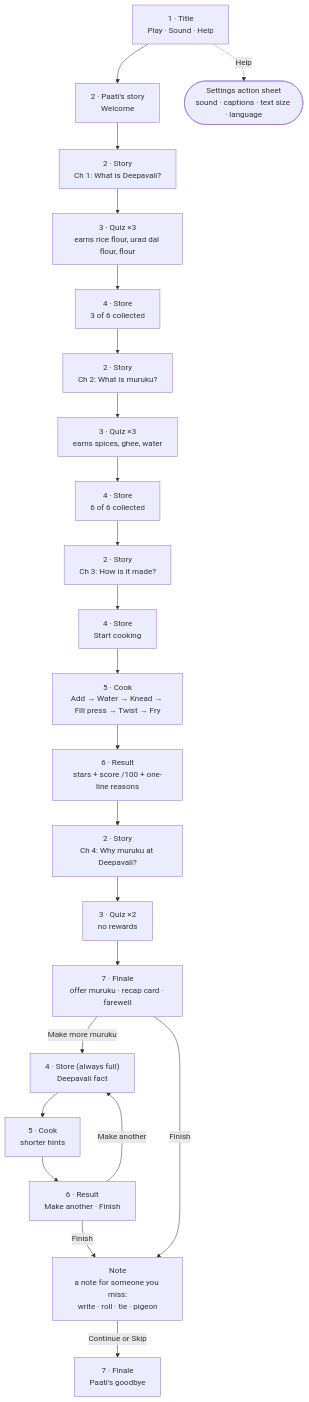
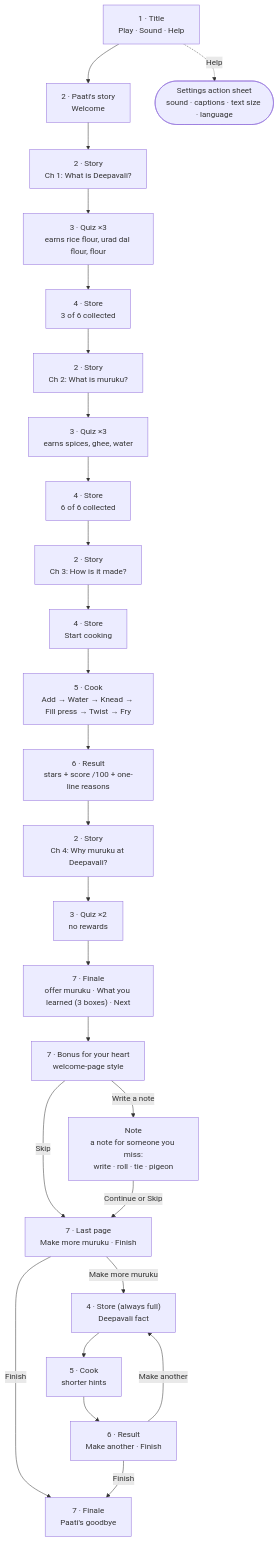
One commit to krishanala/paatis-recipe-kitchen changed the diagram in docs/user-flow.md. Above: the diagram before and after it, drawn with Mermaid. The commit also changed other lines of this file and 10 other files, not shown here.

First line of the commit message:
The end of the game: What you learned boxes, Bonus for your heart, a last page

````diff
--- a/docs/user-flow.md
+++ b/docs/user-flow.md
@@ -5,30 +5,33 @@
 ```mermaid
 flowchart TD
     T["1 · Title<br/>Play · Sound · Help"] --> W["2 · Paati's story<br/>Welcome"]
     T -. Help .-> S(["Settings action sheet<br/>sound · captions · text size · language"])
 
     W --> C1["2 · Story<br/>Ch 1: What is Deepavali?"]
     C1 --> Q1["3 · Quiz ×3<br/>earns rice flour, urad dal flour, flour"]
     Q1 --> ST1["4 · Store<br/>3 of 6 collected"]
 
     ST1 --> C2["2 · Story<br/>Ch 2: What is muruku?"]
     C2 --> Q2["3 · Quiz ×3<br/>earns spices, ghee, water"]
     Q2 --> ST2["4 · Store<br/>6 of 6 collected"]
 
     ST2 --> C3["2 · Story<br/>Ch 3: How is it made?"]
     C3 --> ST3["4 · Store<br/>Start cooking"]
     ST3 --> K["5 · Cook<br/>Add → Water → Knead → Fill press → Twist → Fry"]
     K --> R["6 · Result<br/>stars + score /100 + one-line reasons"]
 
     R --> C4["2 · Story<br/>Ch 4: Why muruku at Deepavali?"]
     C4 --> Q4["3 · Quiz ×2<br/>no rewards"]
-    Q4 --> F["7 · Finale<br/>offer muruku · recap card · farewell"]
+    Q4 --> F["7 · Finale<br/>offer muruku · What you learned (3 boxes) · Next"]
+    F --> B["7 · Bonus for your heart<br/>welcome-page style"]
+    B -- Write a note --> N["Note<br/>a note for someone you miss:<br/>write · roll · tie · pigeon"]
+    B -- Skip --> C["7 · Last page<br/>Make more muruku · Finish"]
+    N -- Continue or Skip --> C
+    C -- Finish --> G["7 · Finale<br/>Paati's goodbye"]
 
-    F -- Make more muruku --> FK["4 · Store (always full)<br/>Deepavali fact"]
+    C -- Make more muruku --> FK["4 · Store (always full)<br/>Deepavali fact"]
     FK --> K2["5 · Cook<br/>shorter hints"]
     K2 --> R2["6 · Result<br/>Make another · Finish"]
     R2 -- Make another --> FK
-    R2 -- Finish --> N["Note<br/>a note for someone you miss:<br/>write · roll · tie · pigeon"]
-    F -- Finish --> N
-    N -- Continue or Skip --> G["7 · Finale<br/>Paati's goodbye"]
+    R2 -- Finish --> G
 ```
````
